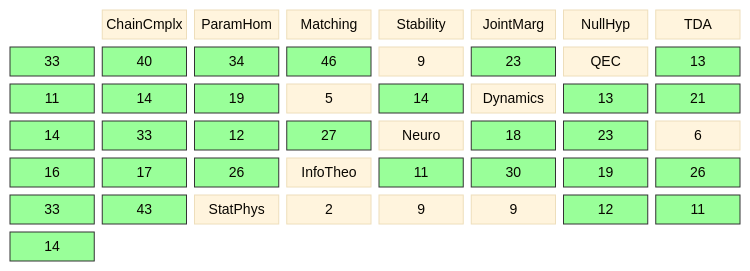
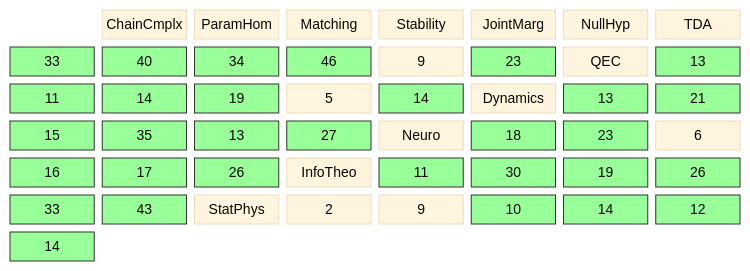
The diagram in diagrams/coverage-matrix.md (musicofhel/topoyolo), drawn with Mermaid before and after one commit. The commit also changed other lines of this file and 11 other files, not shown here.

````diff
--- a/diagrams/coverage-matrix.md
+++ b/diagrams/coverage-matrix.md
@@ -22,44 +22,45 @@
 ```mermaid
 %%{init: {'theme': 'base', 'themeVariables': {'fontSize': '14px'}}}%%
 block-beta
   columns 8
 
   space:1 CC["ChainCmplx"] PH["ParamHom"] MA["Matching"] ST["Stability"] JM["JointMarg"] NH["NullHyp"]
 
   TDA["TDA"] TDA_CC["33"] TDA_PH["40"] TDA_MA["34"] TDA_ST["46"] TDA_JM["9"] TDA_NH["23"]
   QEC["QEC"] QEC_CC["13"] QEC_PH["11"] QEC_MA["14"] QEC_ST["19"] QEC_JM["5"] QEC_NH["14"]
-  DYN["Dynamics"] DYN_CC["13"] DYN_PH["21"] DYN_MA["14"] DYN_ST["33"] DYN_JM["12"] DYN_NH["27"]
+  DYN["Dynamics"] DYN_CC["13"] DYN_PH["21"] DYN_MA["15"] DYN_ST["35"] DYN_JM["13"] DYN_NH["27"]
   NEU["Neuro"] NEU_CC["18"] NEU_PH["23"] NEU_MA["6"] NEU_ST["16"] NEU_JM["17"] NEU_NH["26"]
   IT["InfoTheo"] IT_CC["11"] IT_PH["30"] IT_MA["19"] IT_ST["26"] IT_JM["33"] IT_NH["43"]
-  SP["StatPhys"] SP_CC["2"] SP_PH["9"] SP_MA["9"] SP_ST["12"] SP_JM["11"] SP_NH["14"]
+  SP["StatPhys"] SP_CC["2"] SP_PH["9"] SP_MA["10"] SP_ST["14"] SP_JM["12"] SP_NH["14"]
   style TDA_CC fill:#9f9,stroke:#333
   style TDA_PH fill:#9f9,stroke:#333
   style TDA_MA fill:#9f9,stroke:#333
   style TDA_ST fill:#9f9,stroke:#333
   style TDA_NH fill:#9f9,stroke:#333
   style QEC_CC fill:#9f9,stroke:#333
   style QEC_PH fill:#9f9,stroke:#333
   style QEC_MA fill:#9f9,stroke:#333
   style QEC_ST fill:#9f9,stroke:#333
   style QEC_NH fill:#9f9,stroke:#333
   style DYN_CC fill:#9f9,stroke:#333
   style DYN_PH fill:#9f9,stroke:#333
   style DYN_MA fill:#9f9,stroke:#333
   style DYN_ST fill:#9f9,stroke:#333
   style DYN_JM fill:#9f9,stroke:#333
   style DYN_NH fill:#9f9,stroke:#333
   style NEU_CC fill:#9f9,stroke:#333
   style NEU_PH fill:#9f9,stroke:#333
   style NEU_ST fill:#9f9,stroke:#333
   style NEU_JM fill:#9f9,stroke:#333
   style NEU_NH fill:#9f9,stroke:#333
   style IT_CC fill:#9f9,stroke:#333
   style IT_PH fill:#9f9,stroke:#333
   style IT_MA fill:#9f9,stroke:#333
   style IT_ST fill:#9f9,stroke:#333
   style IT_JM fill:#9f9,stroke:#333
   style IT_NH fill:#9f9,stroke:#333
+  style SP_MA fill:#9f9,stroke:#333
   style SP_ST fill:#9f9,stroke:#333
   style SP_JM fill:#9f9,stroke:#333
   style SP_NH fill:#9f9,stroke:#333
 ```
````
